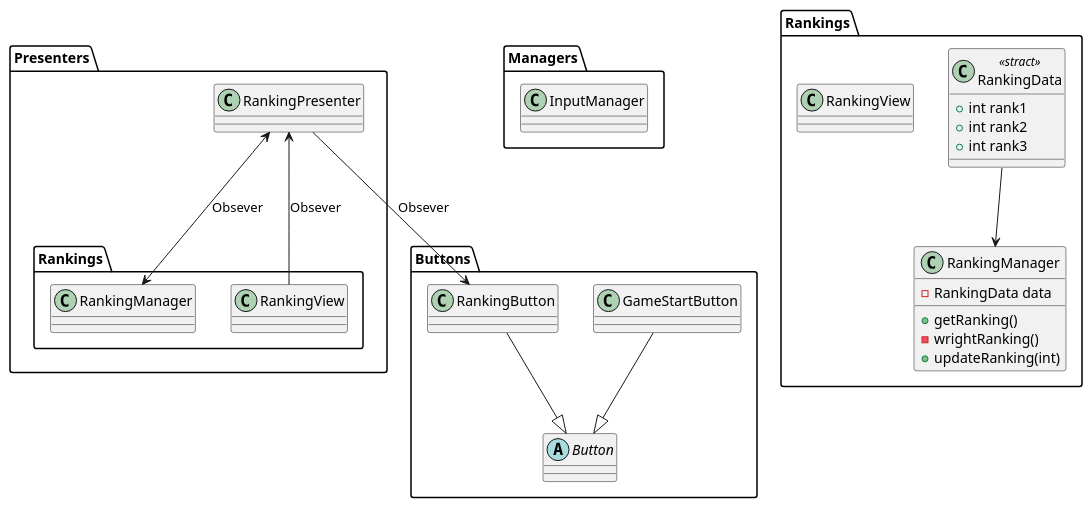
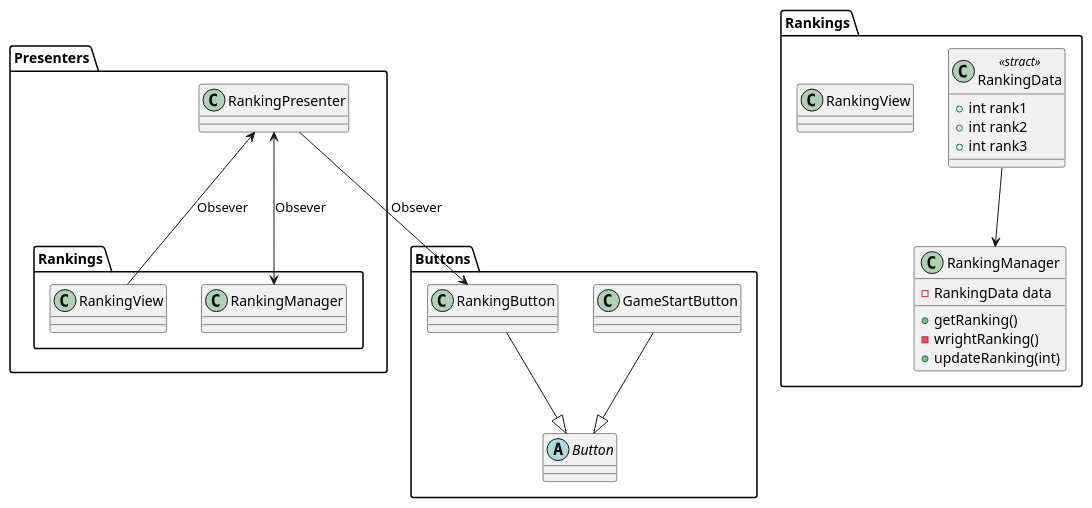
The diagram in Script_Test/Test_SceneManage/仕様書類/TitleClasses.pu (tezumozu/Games_Practice), drawn with PlantUML before and after one commit. The commit also changed 5 other files, not shown here.

Commit message:
シーケンス図加筆

```diff
--- a/Script_Test/Test_SceneManage/仕様書類/TitleClasses.pu
+++ b/Script_Test/Test_SceneManage/仕様書類/TitleClasses.pu
@@ -1,55 +1,49 @@
 @startuml タイトル画面のクラス図
 
 package Buttons{
     abstract class Button{
 
     }
 
     class GameStartButton{
 
     }
 
     class RankingButton{
 
     }
 
     GameStartButton --|> Button
     RankingButton --|> Button
 }
 
 package Presenters{
     class RankingPresenter{
     }
 
     RankingPresenter --> RankingButton : Obsever
-    RankingPresenter <--> Rankings.RankingManager : Obsever
+    RankingPresenter <-up-> Rankings.RankingManager : Obsever
     RankingPresenter <-- Rankings.RankingView:Obsever
-}
-
-package Managers{
-    class InputManager{
-        
-    }
 }
 
 package Rankings{
     class RankingManager{
         -RankingData data
         +getRanking()
         -wrightRanking()
         +updateRanking(int)
     }
 
     class RankingData<<stract>>{
         +int rank1
         +int rank2
         +int rank3
     } 
 
     class RankingView{
     }
     RankingData --> RankingManager
 }
 
 
 @enduml
```
